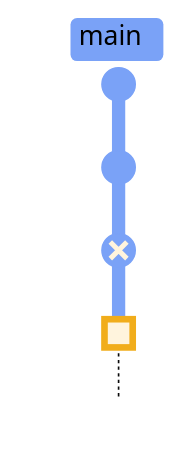
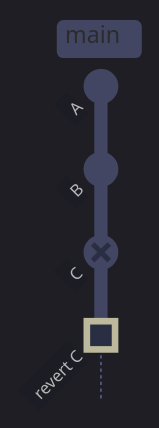
Before and after one commit to alp78/elysium: the sixth of 6 diagrams in content/08-Git/12-git-common-errors.md, drawn with Mermaid. The commit also changed other lines of this file and 13 other files, not shown here.

````diff
--- a/content/08-Git/12-git-common-errors.md
+++ b/content/08-Git/12-git-common-errors.md
@@ -482,8 +976,19 @@
 ```mermaid
-%%{init: {'theme': 'base', 'themeVariables': {'git0': '#7aa2f7', 'git1': '#f7768e', 'git2': '#9ece6a', 'git3': '#e0af68', 'git4': '#bb9af7', 'gitBranchLabel0': '#000000', 'gitBranchLabel1': '#000000', 'gitBranchLabel2': '#000000', 'gitBranchLabel3': '#000000', 'commitLabelColor': '#ffffff', 'commitLabelBackground': 'transparent', 'commitLabelFontSize': '14px', 'tagLabelColor': '#000000', 'tagLabelBackground': '#c0caf5'}, 'gitGraph': {'mainBranchName': 'main'}} }%%
+%%{init: {'theme': 'dark', 'themeVariables': {
+  'primaryColor': '#292e42',
+  'primaryTextColor': '#c0caf5',
+  'primaryBorderColor': '#565f89',
+  'lineColor': '#565f89',
+  'secondaryColor': '#1a1b26',
+  'tertiaryColor': '#24283b',
+  'noteTextColor': '#c0caf5',
+  'noteBkgColor': '#292e42',
+  'textColor': '#c0caf5',
+  'fontSize': '14px'
+}, 'gitGraph': {'mainBranchName': 'main'}}}%%
 gitGraph TB:
   commit id: "A"
   commit id: "B"
   commit id: "C" type: REVERSE
-  commit id: "revert-C" type: HIGHLIGHT
+  commit id: "revert C" type: HIGHLIGHT
 ```
````
